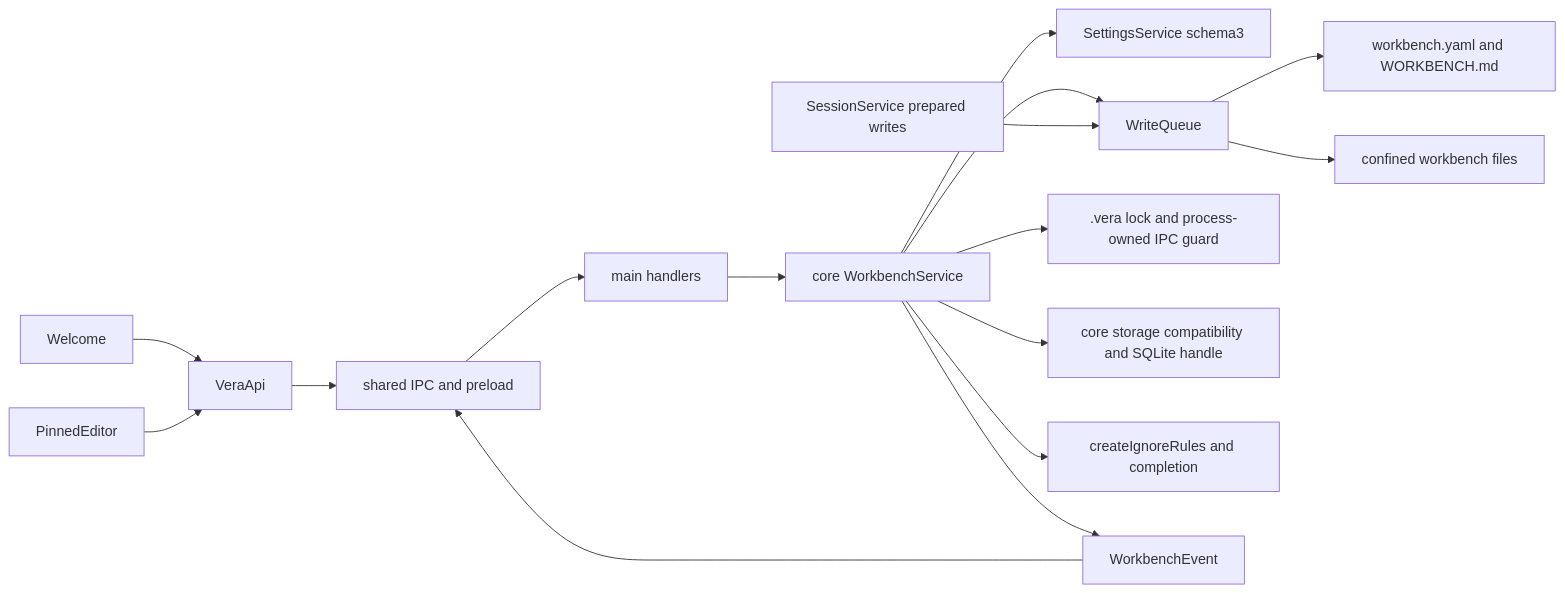
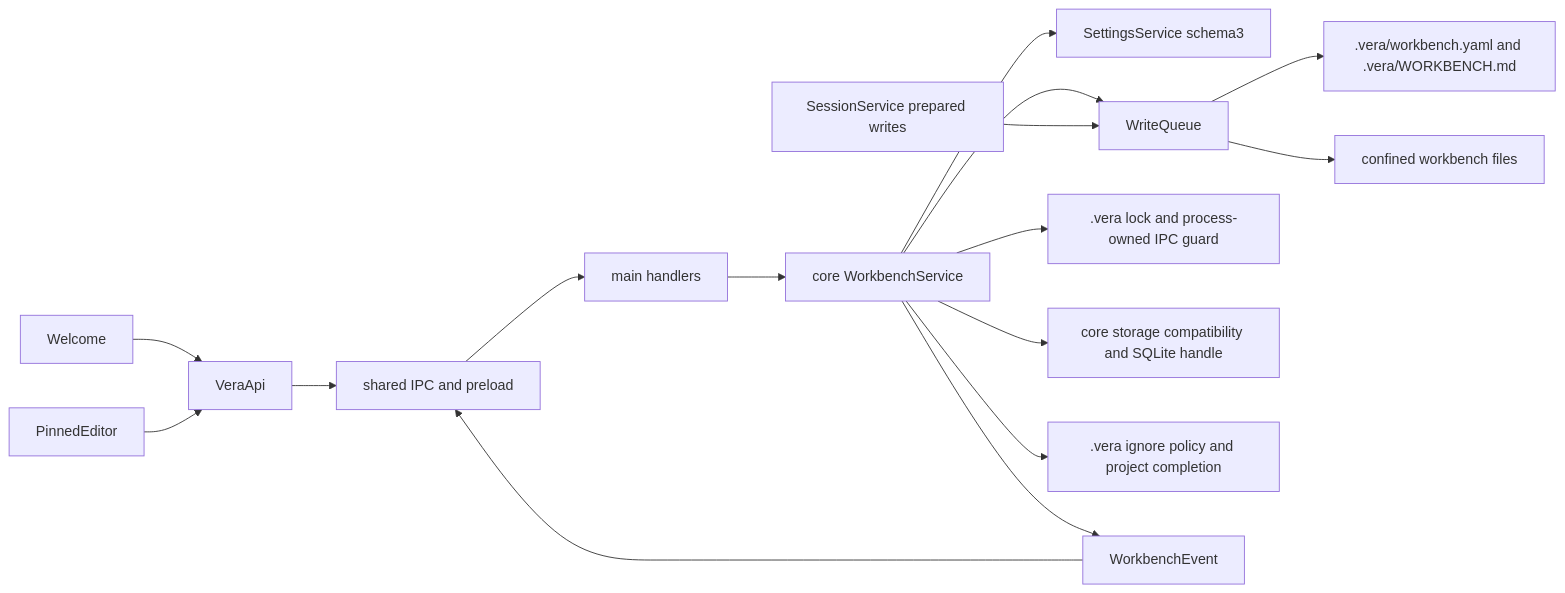
The diagram in .agentic/knowledge/workbench.md (DDP-Engineering/2026_Virtual_Embedded_Rig_Assistant), drawn with Mermaid before and after one commit. The commit also changed other lines of this file and 834 other files, not shown here.

First line of the commit message:
Centralize project metadata in .vera and record software layout cleanup

````diff
--- a/.agentic/knowledge/workbench.md
+++ b/.agentic/knowledge/workbench.md
@@ -107,18 +109,18 @@
 ```mermaid
 flowchart LR
   Welcome --> VeraApi
   PinnedEditor --> VeraApi
   VeraApi --> bridge[shared IPC and preload]
   bridge --> main[main handlers]
   main --> service[core WorkbenchService]
   service --> settings[SettingsService schema3]
   service --> writes[WriteQueue]
   Sessions[SessionService prepared writes] --> writes
-  writes --> YAML[workbench.yaml and WORKBENCH.md]
+  writes --> YAML[.vera/workbench.yaml and .vera/WORKBENCH.md]
   writes --> Files[confined workbench files]
   service --> lock[.vera lock and process-owned IPC guard]
   service --> storage[core storage compatibility and SQLite handle]
-  service --> ignore[createIgnoreRules and completion]
+  service --> ignore[.vera ignore policy and project completion]
   service --> events[WorkbenchEvent]
   events --> bridge
 ```
````
